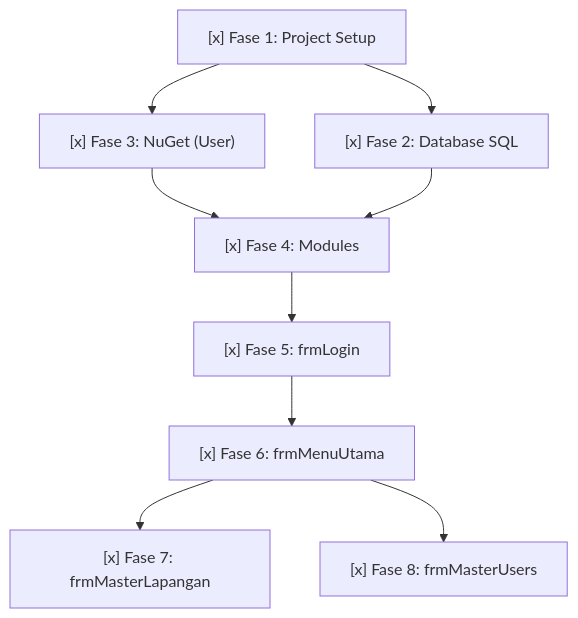
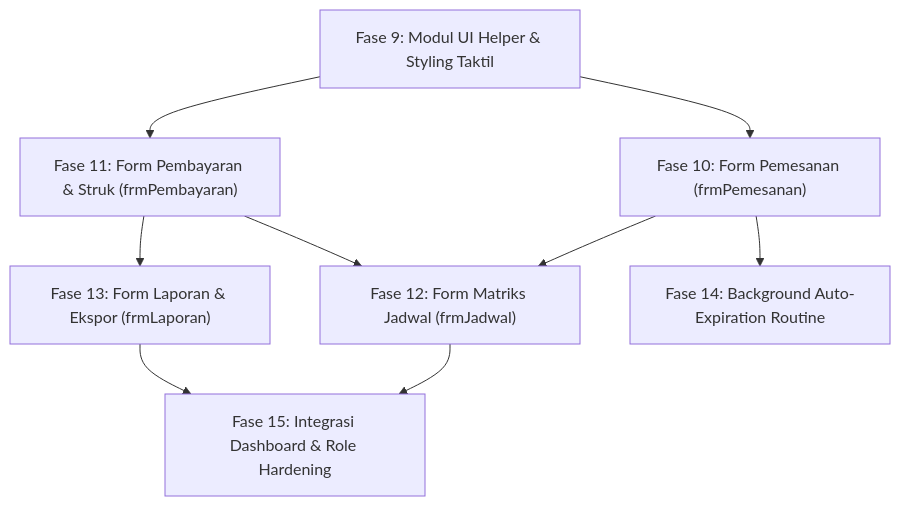
One commit to Alfar0nt/SIPELA-Sistem-Informasi-Pemesanan-Arung-Futsal changed the diagram in .ai/IMPLEMENTATION-PLAN.md. Above: the diagram before and after it, drawn with Mermaid. The commit also changed other lines of this file and 14 other files, not shown here.

Commit message:
refac: ui/ux and app-flow

````diff
--- a/.ai/IMPLEMENTATION-PLAN.md
+++ b/.ai/IMPLEMENTATION-PLAN.md
@@ -157,11 +28,11 @@
 ```mermaid
 flowchart TD
-    P1["[x] Fase 1: Project Setup"] --> P2["[x] Fase 2: Database SQL"]
-    P1 --> P3["[x] Fase 3: NuGet (User)"]
-    P3 --> P4["[x] Fase 4: Modules"]
-    P2 --> P4
-    P4 --> P5["[x] Fase 5: frmLogin"]
-    P5 --> P6["[x] Fase 6: frmMenuUtama"]
-    P6 --> P7["[x] Fase 7: frmMasterLapangan"]
-    P6 --> P8["[x] Fase 8: frmMasterUsers"]
+    P9["Fase 9: Modul UI Helper & Styling Taktil"] --> P10["Fase 10: Form Pemesanan (frmPemesanan)"]
+    P9 --> P11["Fase 11: Form Pembayaran & Struk (frmPembayaran)"]
+    P10 --> P12["Fase 12: Form Matriks Jadwal (frmJadwal)"]
+    P11 --> P12
+    P11 --> P13["Fase 13: Form Laporan & Ekspor (frmLaporan)"]
+    P10 --> P14["Fase 14: Background Auto-Expiration Routine"]
+    P12 --> P15["Fase 15: Integrasi Dashboard & Role Hardening"]
+    P13 --> P15
 ```
````
